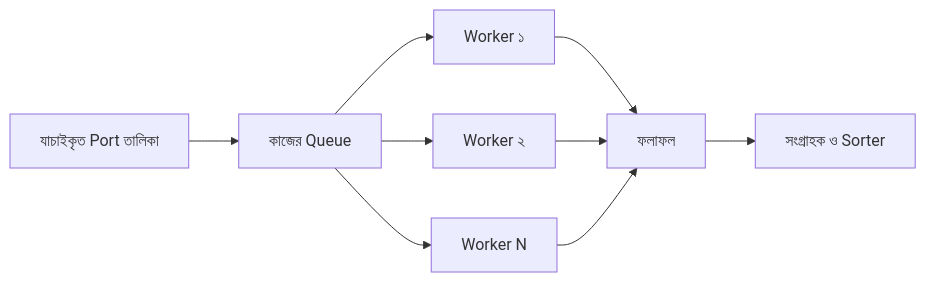
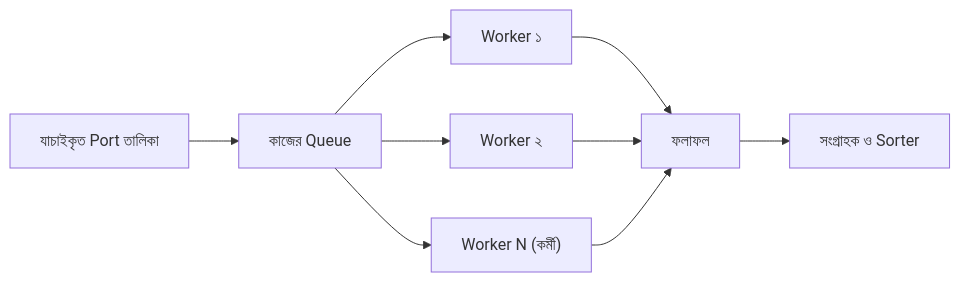
Before and after one commit to shomi-khan/red-blue-lab: the fourth of 5 diagrams in chapters/03-whos-listening/README.md, drawn with Mermaid.

Commit message:
docs: clarify worker role in Chapter 03 diagram

````diff
--- a/chapters/03-whos-listening/README.md
+++ b/chapters/03-whos-listening/README.md
@@ -224,11 +224,11 @@
 ```mermaid
 flowchart LR
     P["যাচাইকৃত Port তালিকা"] --> Q["কাজের Queue"]
     Q --> W1["Worker ১"]
     Q --> W2["Worker ২"]
-    Q --> WN["Worker N"]
+    Q --> WN["Worker N (কর্মী)"]
     W1 --> R["ফলাফল"]
     W2 --> R
     WN --> R
     R --> C["সংগ্রাহক ও Sorter"]
 ```
````
